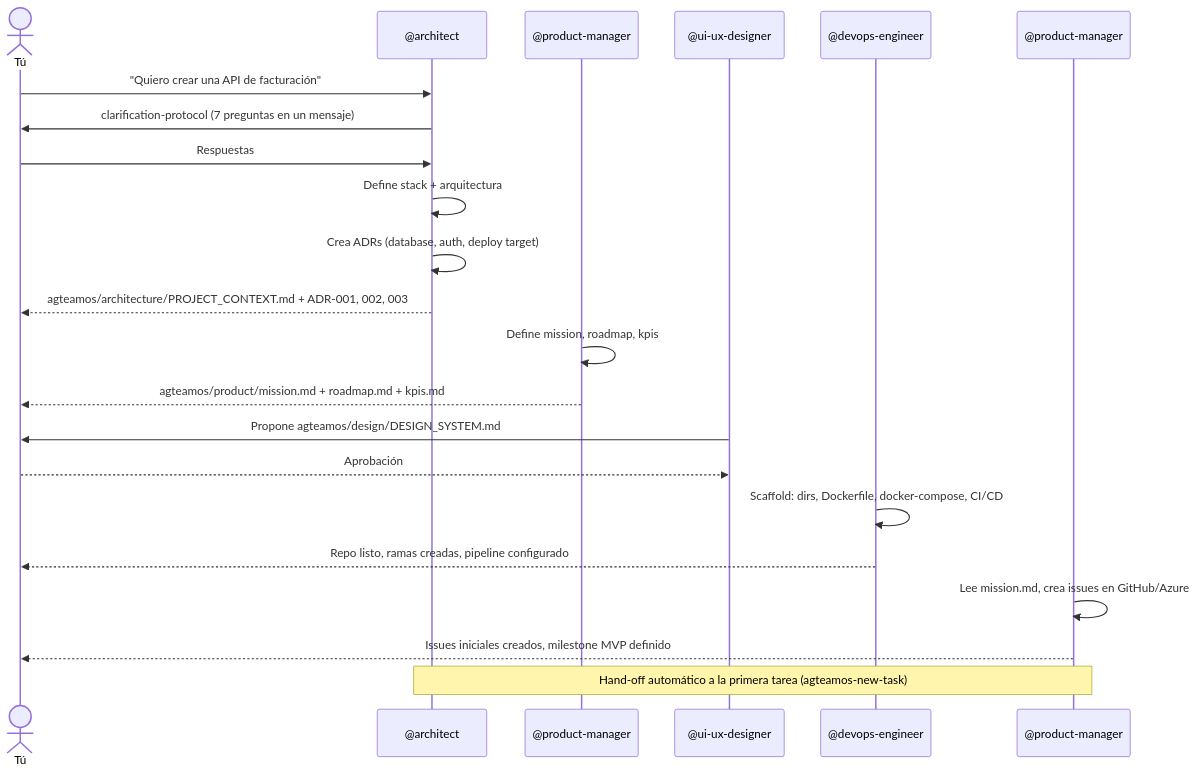
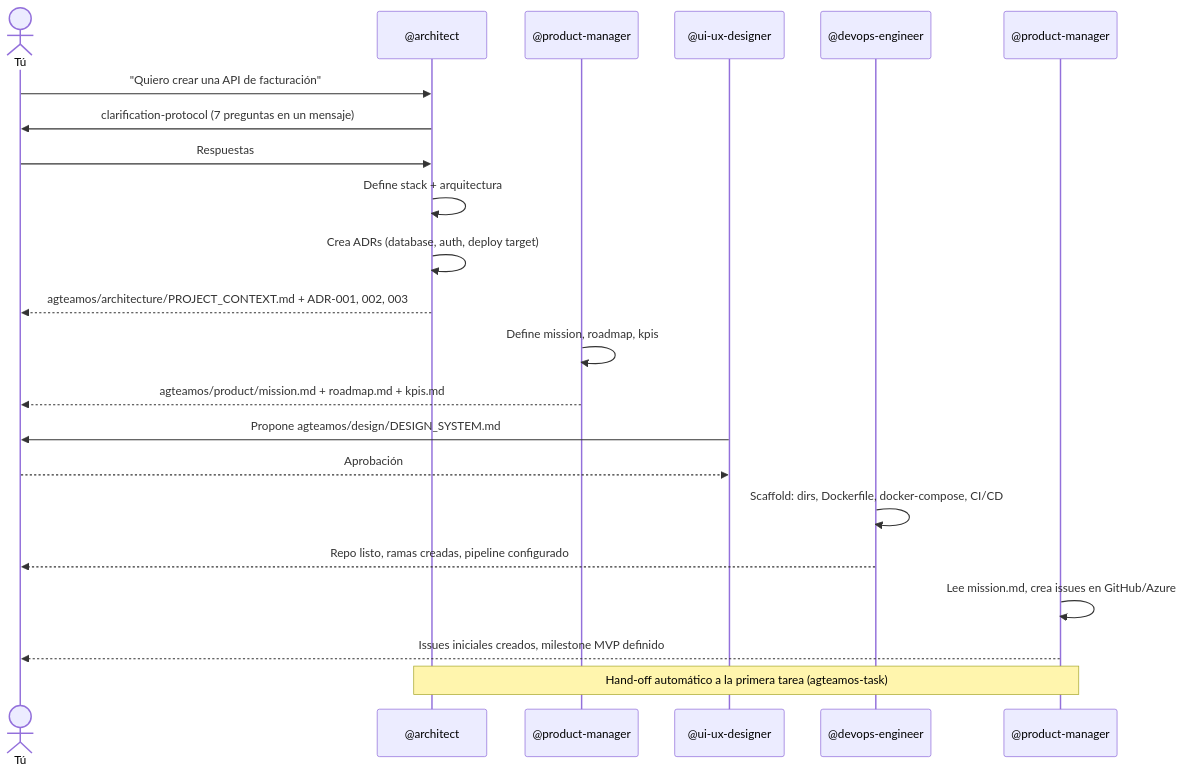
The first of 2 diagrams in agteamos/docs/primeros-pasos/01-quickstart.md (EJBereguete/claude-plugins), drawn with Mermaid before and after one commit. The commit also changed other lines of this file and 53 other files, not shown here.

````diff
--- a/agteamos/docs/primeros-pasos/01-quickstart.md
+++ b/agteamos/docs/primeros-pasos/01-quickstart.md
@@ -71,31 +71,31 @@
 ```mermaid
 sequenceDiagram
     actor U as Tú
     participant AR as @architect
     participant PO as @product-manager
     participant UX as @ui-ux-designer
     participant DO as @devops-engineer
     participant PM as @product-manager
 
     U->>AR: "Quiero crear una API de facturación"
     AR->>U: clarification-protocol (7 preguntas en un mensaje)
     U->>AR: Respuestas
 
     AR->>AR: Define stack + arquitectura
     AR->>AR: Crea ADRs (database, auth, deploy target)
     AR-->>U: agteamos/architecture/PROJECT_CONTEXT.md + ADR-001, 002, 003
 
     PO->>PO: Define mission, roadmap, kpis
     PO-->>U: agteamos/product/mission.md + roadmap.md + kpis.md
 
     UX->>U: Propone agteamos/design/DESIGN_SYSTEM.md
     U-->>UX: Aprobación
 
     DO->>DO: Scaffold: dirs, Dockerfile, docker-compose, CI/CD
     DO-->>U: Repo listo, ramas creadas, pipeline configurado
 
     PM->>PM: Lee mission.md, crea issues en GitHub/Azure
     PM-->>U: Issues iniciales creados, milestone MVP definido
 
-    Note over AR,PM: Hand-off automático a la primera tarea (agteamos-new-task)
+    Note over AR,PM: Hand-off automático a la primera tarea (agteamos-task)
 ```
````
